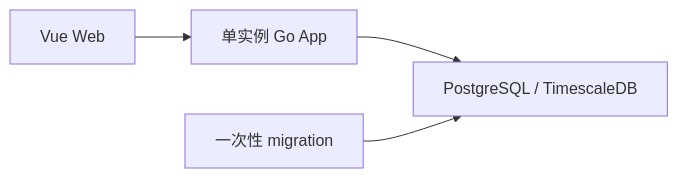
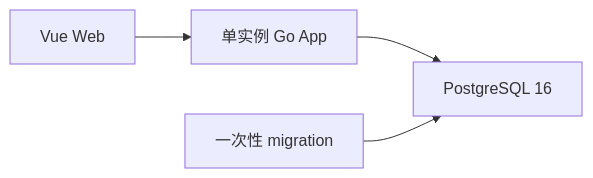
The diagram in README.md (CoderLTS/coinsphere-go), drawn with Mermaid before and after one commit. The commit also changed other lines of this file and 17 other files, not shown here.

Commit message:
ops: 移除 TimescaleDB 并复用服务器 PostgreSQL

````diff
--- a/README.md
+++ b/README.md
@@ -25,6 +25,6 @@
 ```mermaid
 flowchart LR
     WEB["Vue Web"] --> APP["单实例 Go App"]
-    APP --> DB["PostgreSQL / TimescaleDB"]
+    APP --> DB["PostgreSQL 16"]
     MIGRATE["一次性 migration"] --> DB
 ```
````
